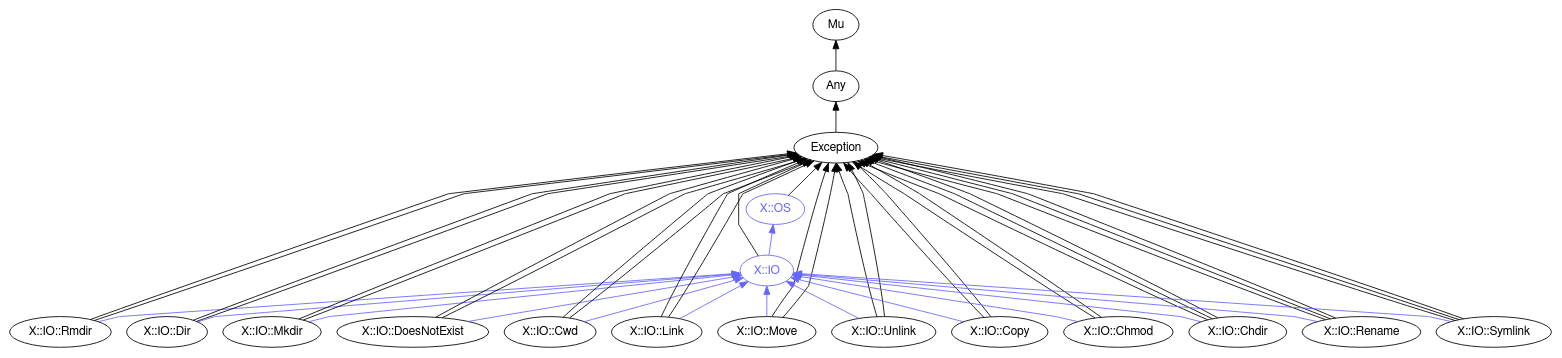
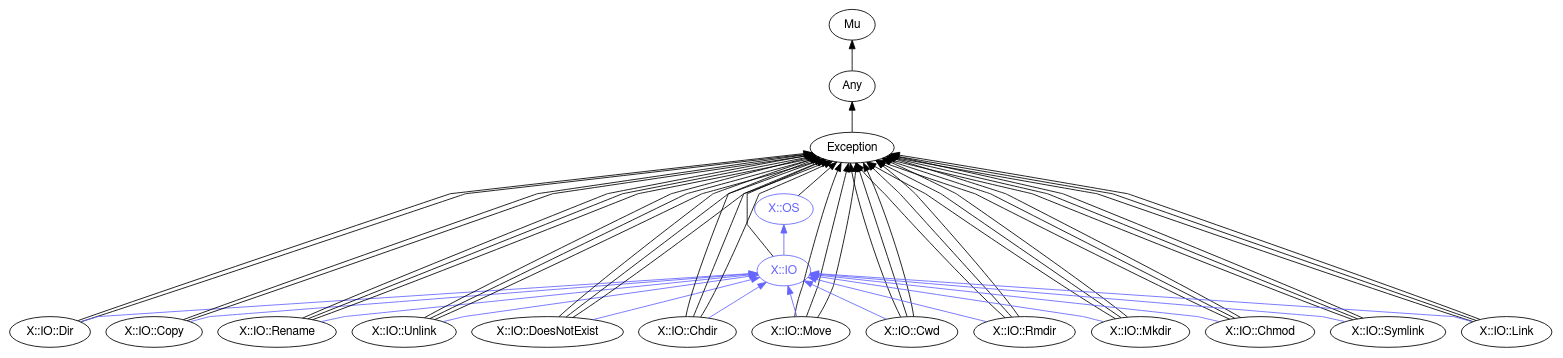
Before and after one commit to perl6docs/perl6docs.github.io: the diagram in images/type-graph-X::OS.svg.dot, drawn with Graphviz. The commit also changed 4402 other files, not shown here.

```diff
--- a/images/type-graph-X::OS.svg.dot
+++ b/images/type-graph-X::OS.svg.dot
@@ -1,75 +1,83 @@
 digraph "perl6-type-graph" {
     rankdir=BT;
     splines=polyline;
     overlap=false; 
     // Types
     "X::OS" [color="#6666FF", fontcolor="#6666FF", href="/type/X::OS", fontname="FreeSans"];
     "Mu" [color="#000000", fontcolor="#000000", href="/type/Mu", fontname="FreeSans"];
     "Any" [color="#000000", fontcolor="#000000", href="/type/Any", fontname="FreeSans"];
     "Exception" [color="#000000", fontcolor="#000000", href="/type/Exception", fontname="FreeSans"];
     "X::IO" [color="#6666FF", fontcolor="#6666FF", href="/type/X::IO", fontname="FreeSans"];
+    "X::IO::Dir" [color="#000000", fontcolor="#000000", href="/type/X::IO::Dir", fontname="FreeSans"];
+    "X::IO::Copy" [color="#000000", fontcolor="#000000", href="/type/X::IO::Copy", fontname="FreeSans"];
+    "X::IO::Rename" [color="#000000", fontcolor="#000000", href="/type/X::IO::Rename", fontname="FreeSans"];
+    "X::IO::Unlink" [color="#000000", fontcolor="#000000", href="/type/X::IO::Unlink", fontname="FreeSans"];
+    "X::IO::DoesNotExist" [color="#000000", fontcolor="#000000", href="/type/X::IO::DoesNotExist", fontname="FreeSans"];
+    "X::IO::Chdir" [color="#000000", fontcolor="#000000", href="/type/X::IO::Chdir", fontname="FreeSans"];
+    "X::IO::Move" [color="#000000", fontcolor="#000000", href="/type/X::IO::Move", fontname="FreeSans"];
+    "X::IO::Cwd" [color="#000000", fontcolor="#000000", href="/type/X::IO::Cwd", fontname="FreeSans"];
     "X::IO::Rmdir" [color="#000000", fontcolor="#000000", href="/type/X::IO::Rmdir", fontname="FreeSans"];
-    "X::IO::Dir" [color="#000000", fontcolor="#000000", href="/type/X::IO::Dir", fontname="FreeSans"];
     "X::IO::Mkdir" [color="#000000", fontcolor="#000000", href="/type/X::IO::Mkdir", fontname="FreeSans"];
-    "X::IO::DoesNotExist" [color="#000000", fontcolor="#000000", href="/type/X::IO::DoesNotExist", fontname="FreeSans"];
-    "X::IO::Cwd" [color="#000000", fontcolor="#000000", href="/type/X::IO::Cwd", fontname="FreeSans"];
+    "X::IO::Chmod" [color="#000000", fontcolor="#000000", href="/type/X::IO::Chmod", fontname="FreeSans"];
+    "X::IO::Symlink" [color="#000000", fontcolor="#000000", href="/type/X::IO::Symlink", fontname="FreeSans"];
     "X::IO::Link" [color="#000000", fontcolor="#000000", href="/type/X::IO::Link", fontname="FreeSans"];
-    "X::IO::Move" [color="#000000", fontcolor="#000000", href="/type/X::IO::Move", fontname="FreeSans"];
-    "X::IO::Unlink" [color="#000000", fontcolor="#000000", href="/type/X::IO::Unlink", fontname="FreeSans"];
-    "X::IO::Copy" [color="#000000", fontcolor="#000000", href="/type/X::IO::Copy", fontname="FreeSans"];
-    "X::IO::Chmod" [color="#000000", fontcolor="#000000", href="/type/X::IO::Chmod", fontname="FreeSans"];
-    "X::IO::Chdir" [color="#000000", fontcolor="#000000", href="/type/X::IO::Chdir", fontname="FreeSans"];
-    "X::IO::Rename" [color="#000000", fontcolor="#000000", href="/type/X::IO::Rename", fontname="FreeSans"];
-    "X::IO::Symlink" [color="#000000", fontcolor="#000000", href="/type/X::IO::Symlink", fontname="FreeSans"];
 
     // Superclasses
     "X::OS" -> "Exception" [color="#000000"];
     "Any" -> "Mu" [color="#000000"];
     "Exception" -> "Any" [color="#000000"];
     "X::IO" -> "Exception" [color="#000000"];
-    "X::IO::Rmdir" -> "Exception" [color="#000000"];
-    "X::IO::Rmdir" -> "Exception" [color="#000000"];
     "X::IO::Dir" -> "Exception" [color="#000000"];
     "X::IO::Dir" -> "Exception" [color="#000000"];
-    "X::IO::Mkdir" -> "Exception" [color="#000000"];
-    "X::IO::Mkdir" -> "Exception" [color="#000000"];
+    "X::IO::Copy" -> "Exception" [color="#000000"];
+    "X::IO::Copy" -> "Exception" [color="#000000"];
+    "X::IO::Rename" -> "Exception" [color="#000000"];
+    "X::IO::Rename" -> "Exception" [color="#000000"];
+    "X::IO::Rename" -> "Exception" [color="#000000"];
+    "X::IO::Unlink" -> "Exception" [color="#000000"];
+    "X::IO::Unlink" -> "Exception" [color="#000000"];
+    "X::IO::Unlink" -> "Exception" [color="#000000"];
     "X::IO::DoesNotExist" -> "Exception" [color="#000000"];
     "X::IO::DoesNotExist" -> "Exception" [color="#000000"];
-    "X::IO::Cwd" -> "Exception" [color="#000000"];
-    "X::IO::Cwd" -> "Exception" [color="#000000"];
-    "X::IO::Link" -> "Exception" [color="#000000"];
-    "X::IO::Link" -> "Exception" [color="#000000"];
-    "X::IO::Move" -> "Exception" [color="#000000"];
-    "X::IO::Move" -> "Exception" [color="#000000"];
-    "X::IO::Unlink" -> "Exception" [color="#000000"];
-    "X::IO::Unlink" -> "Exception" [color="#000000"];
-    "X::IO::Copy" -> "Exception" [color="#000000"];
-    "X::IO::Copy" -> "Exception" [color="#000000"];
-    "X::IO::Chmod" -> "Exception" [color="#000000"];
-    "X::IO::Chmod" -> "Exception" [color="#000000"];
+    "X::IO::DoesNotExist" -> "Exception" [color="#000000"];
     "X::IO::Chdir" -> "Exception" [color="#000000"];
     "X::IO::Chdir" -> "Exception" [color="#000000"];
     "X::IO::Chdir" -> "Exception" [color="#000000"];
-    "X::IO::Rename" -> "Exception" [color="#000000"];
-    "X::IO::Rename" -> "Exception" [color="#000000"];
-    "X::IO::Rename" -> "Exception" [color="#000000"];
+    "X::IO::Move" -> "Exception" [color="#000000"];
+    "X::IO::Move" -> "Exception" [color="#000000"];
+    "X::IO::Move" -> "Exception" [color="#000000"];
+    "X::IO::Cwd" -> "Exception" [color="#000000"];
+    "X::IO::Cwd" -> "Exception" [color="#000000"];
+    "X::IO::Cwd" -> "Exception" [color="#000000"];
+    "X::IO::Rmdir" -> "Exception" [color="#000000"];
+    "X::IO::Rmdir" -> "Exception" [color="#000000"];
+    "X::IO::Rmdir" -> "Exception" [color="#000000"];
+    "X::IO::Mkdir" -> "Exception" [color="#000000"];
+    "X::IO::Mkdir" -> "Exception" [color="#000000"];
+    "X::IO::Mkdir" -> "Exception" [color="#000000"];
+    "X::IO::Chmod" -> "Exception" [color="#000000"];
+    "X::IO::Chmod" -> "Exception" [color="#000000"];
+    "X::IO::Chmod" -> "Exception" [color="#000000"];
     "X::IO::Symlink" -> "Exception" [color="#000000"];
     "X::IO::Symlink" -> "Exception" [color="#000000"];
     "X::IO::Symlink" -> "Exception" [color="#000000"];
+    "X::IO::Link" -> "Exception" [color="#000000"];
+    "X::IO::Link" -> "Exception" [color="#000000"];
+    "X::IO::Link" -> "Exception" [color="#000000"];
 
     // Roles
     "X::IO" -> "X::OS" [color="#6666FF"];
+    "X::IO::Dir" -> "X::IO" [color="#6666FF"];
+    "X::IO::Copy" -> "X::IO" [color="#6666FF"];
+    "X::IO::Rename" -> "X::IO" [color="#6666FF"];
+    "X::IO::Unlink" -> "X::IO" [color="#6666FF"];
+    "X::IO::DoesNotExist" -> "X::IO" [color="#6666FF"];
+    "X::IO::Chdir" -> "X::IO" [color="#6666FF"];
+    "X::IO::Move" -> "X::IO" [color="#6666FF"];
+    "X::IO::Cwd" -> "X::IO" [color="#6666FF"];
     "X::IO::Rmdir" -> "X::IO" [color="#6666FF"];
-    "X::IO::Dir" -> "X::IO" [color="#6666FF"];
     "X::IO::Mkdir" -> "X::IO" [color="#6666FF"];
-    "X::IO::DoesNotExist" -> "X::IO" [color="#6666FF"];
-    "X::IO::Cwd" -> "X::IO" [color="#6666FF"];
+    "X::IO::Chmod" -> "X::IO" [color="#6666FF"];
+    "X::IO::Symlink" -> "X::IO" [color="#6666FF"];
     "X::IO::Link" -> "X::IO" [color="#6666FF"];
-    "X::IO::Move" -> "X::IO" [color="#6666FF"];
-    "X::IO::Unlink" -> "X::IO" [color="#6666FF"];
-    "X::IO::Copy" -> "X::IO" [color="#6666FF"];
-    "X::IO::Chmod" -> "X::IO" [color="#6666FF"];
-    "X::IO::Chdir" -> "X::IO" [color="#6666FF"];
-    "X::IO::Rename" -> "X::IO" [color="#6666FF"];
-    "X::IO::Symlink" -> "X::IO" [color="#6666FF"];
 }
```
